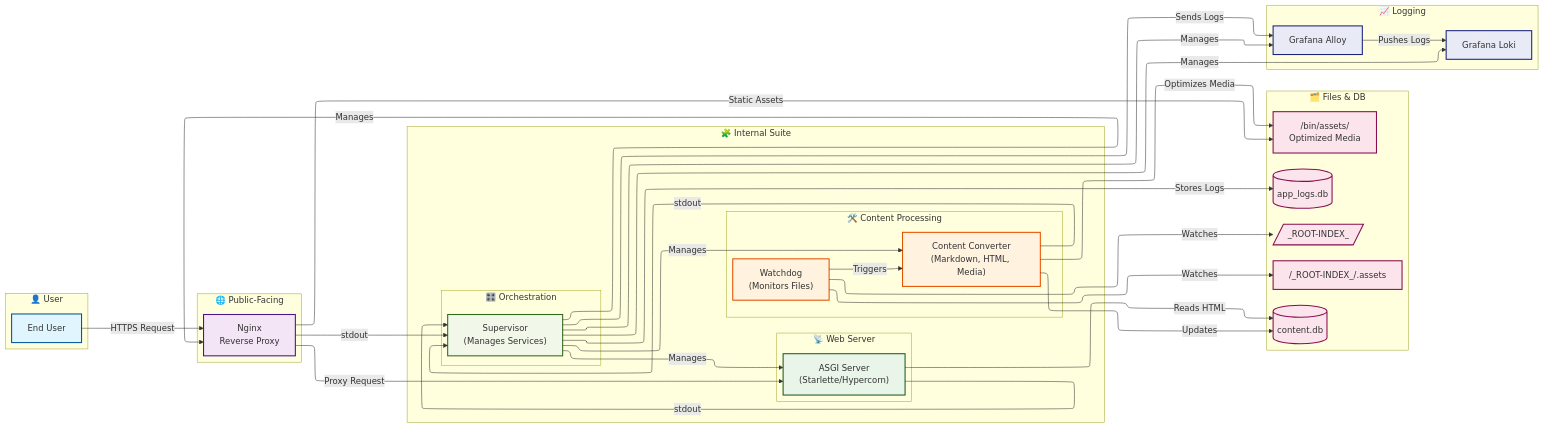
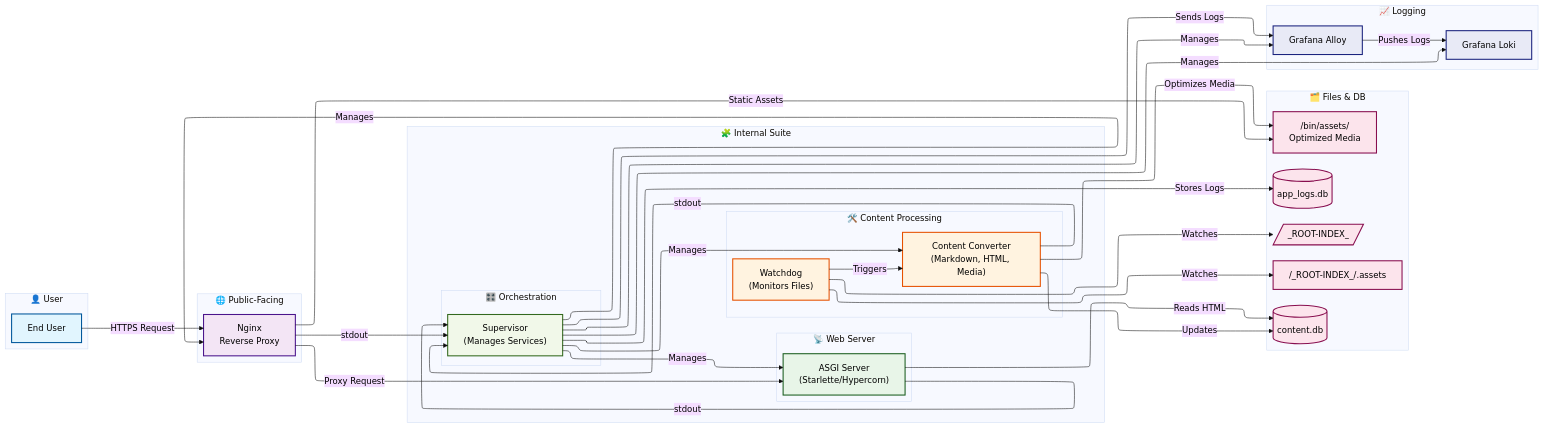
Before and after one commit to Hasganter/markdown-web: the first of 2 diagrams in README.md, drawn with Mermaid. The commit also changed other lines of this file, not shown here.

Commit message:
Fix: Better font color, actually readable now

```diff
--- a/README.md
+++ b/README.md
@@ -83,6 +83,9 @@
   layout: elk
   elk:
     nodePlacementStrategy: BRANDES_KOEPF
+  theme: base
+  themeVariables:
+    primaryTextColor: '#000'
 ---
 
 graph LR
```
